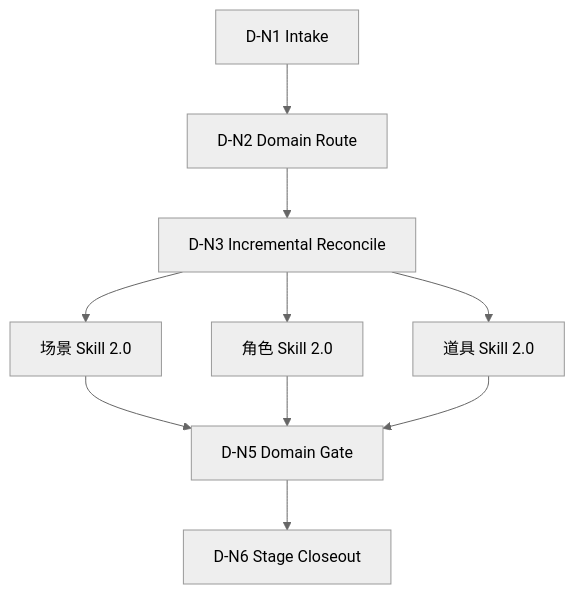
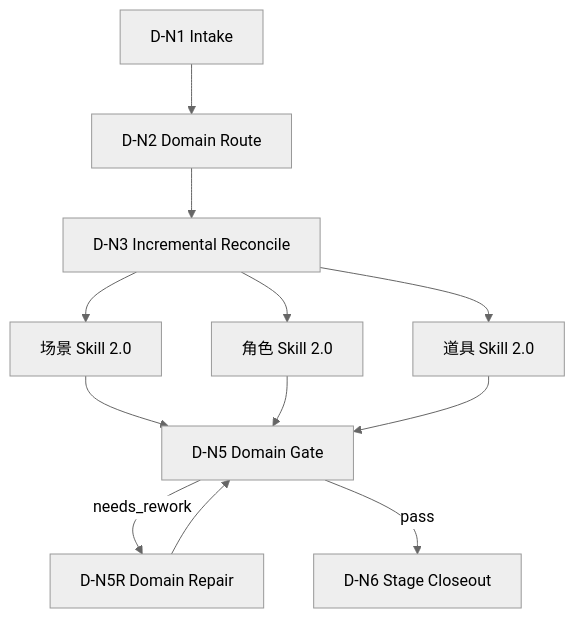
Before and after one commit to ZEN-VOID/AI-CUT: the diagram in .agents/skills/aigc/5-设计/references/思行网络.md, drawn with Mermaid (neutral theme). The commit also changed other lines of this file and 256 other files, not shown here.

````diff
--- a/.agents/skills/aigc/5-设计/references/思行网络.md
+++ b/.agents/skills/aigc/5-设计/references/思行网络.md
@@ -26,12 +28,14 @@
 ```mermaid
 flowchart TD
     A["D-N1 Intake"] --> B["D-N2 Domain Route"]
     B --> R["D-N3 Incremental Reconcile"]
     R --> C1["场景 Skill 2.0"]
     R --> C2["角色 Skill 2.0"]
     R --> C3["道具 Skill 2.0"]
     C1 --> D["D-N5 Domain Gate"]
     C2 --> D
     C3 --> D
-    D --> E["D-N6 Stage Closeout"]
+    D -->|"needs_rework"| X["D-N5R Domain Repair"]
+    X --> D
+    D -->|"pass"| E["D-N6 Stage Closeout"]
 ```
````
